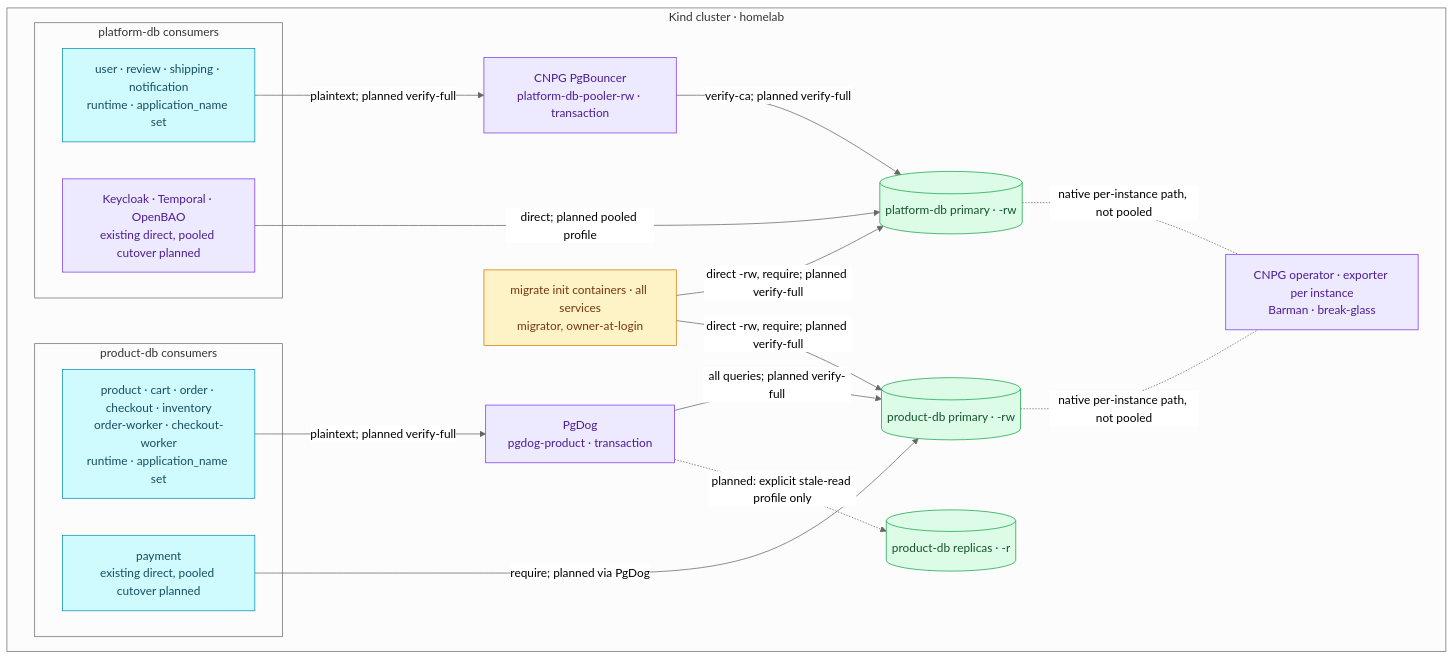
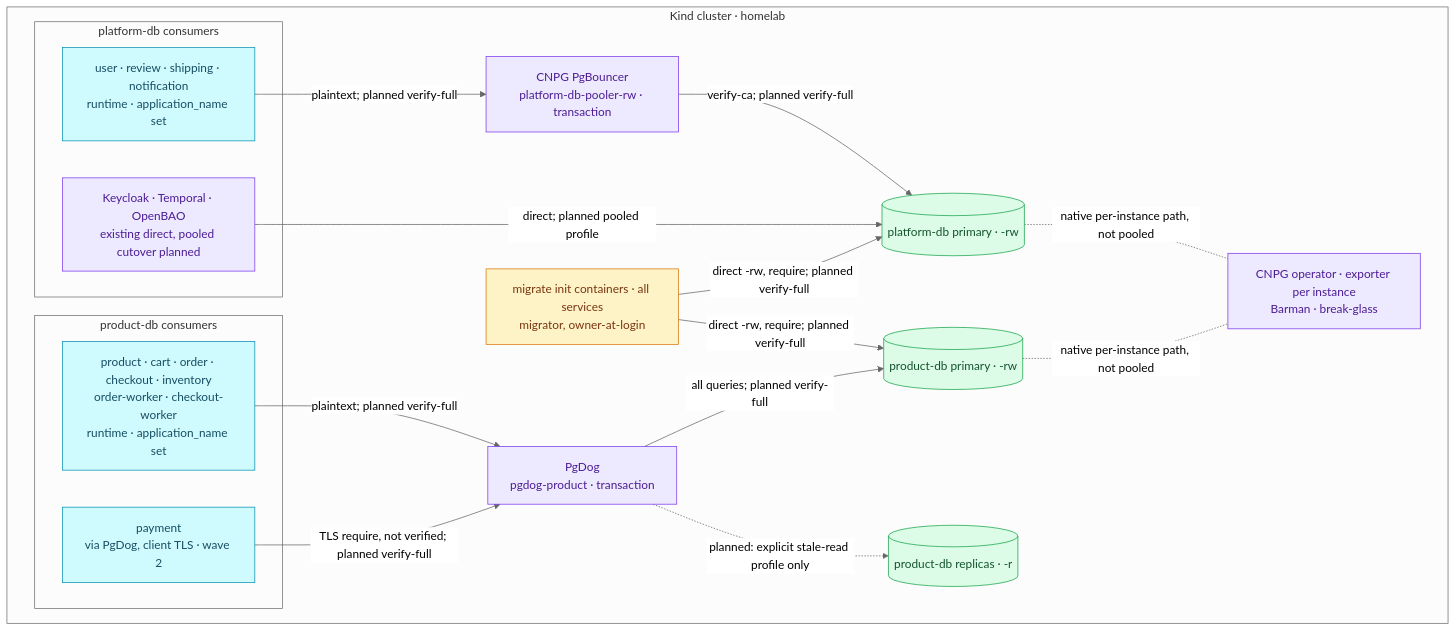
One commit to duynhlab/homelab changed the diagram in docs/proposals/rfc/RFC-0029/README.md. Above: the diagram before and after it, drawn with Mermaid (neutral theme). The commit also changed other lines of this file and 59 other files, not shown here.

````diff
--- a/docs/proposals/rfc/RFC-0029/README.md
+++ b/docs/proposals/rfc/RFC-0029/README.md
@@ -185,37 +185,37 @@
 ```mermaid
 flowchart TB
     subgraph cluster["Kind cluster · homelab"]
         subgraph prod["product-db consumers"]
-            pay["payment<br/>existing direct, pooled cutover planned"]:::service
+            pay["payment<br/>via PgDog, client TLS · wave 2"]:::service
             prapi["product · cart · order · checkout · inventory<br/>order-worker · checkout-worker<br/>runtime · application_name set"]:::service
         end
         mig["migrate init containers · all services<br/>migrator, owner-at-login"]:::worker
         subgraph plat["platform-db consumers"]
             papi["user · review · shipping · notification<br/>runtime · application_name set"]:::service
             pdirect["Keycloak · Temporal · OpenBAO<br/>existing direct, pooled cutover planned"]:::platform
         end
         pgd["PgDog<br/>pgdog-product · transaction"]:::platform
         pgb["CNPG PgBouncer<br/>platform-db-pooler-rw · transaction"]:::platform
         rrep[("product-db replicas · -r")]:::data
         rprim[("product-db primary · -rw")]:::data
         pprim[("platform-db primary · -rw")]:::data
         ops["CNPG operator · exporter per instance<br/>Barman · break-glass"]:::platform
     end
 
     papi -->|"plaintext; planned verify-full"| pgb
     pgb -->|"verify-ca; planned verify-full"| pprim
     prapi -->|"plaintext; planned verify-full"| pgd
     pgd -->|"all queries; planned verify-full"| rprim
     pgd -. "planned: explicit stale-read profile only" .-> rrep
-    pay -->|"require; planned via PgDog"| rprim
+    pay -->|"TLS require, not verified; planned verify-full"| pgd
     pdirect -->|"direct; planned pooled profile"| pprim
     mig -->|"direct -rw, require; planned verify-full"| pprim
     mig -->|"direct -rw, require; planned verify-full"| rprim
     rprim -. "native per-instance path, not pooled" .- ops
     pprim -. "native per-instance path, not pooled" .- ops
 
     classDef service fill:#cffafe,color:#164e63,stroke:#0891b2;
     classDef worker fill:#fef3c7,color:#78350f,stroke:#d97706;
     classDef platform fill:#ede9fe,color:#4c1d95,stroke:#7c3aed;
     classDef data fill:#dcfce7,color:#14532d,stroke:#16a34a;
 ```
````
